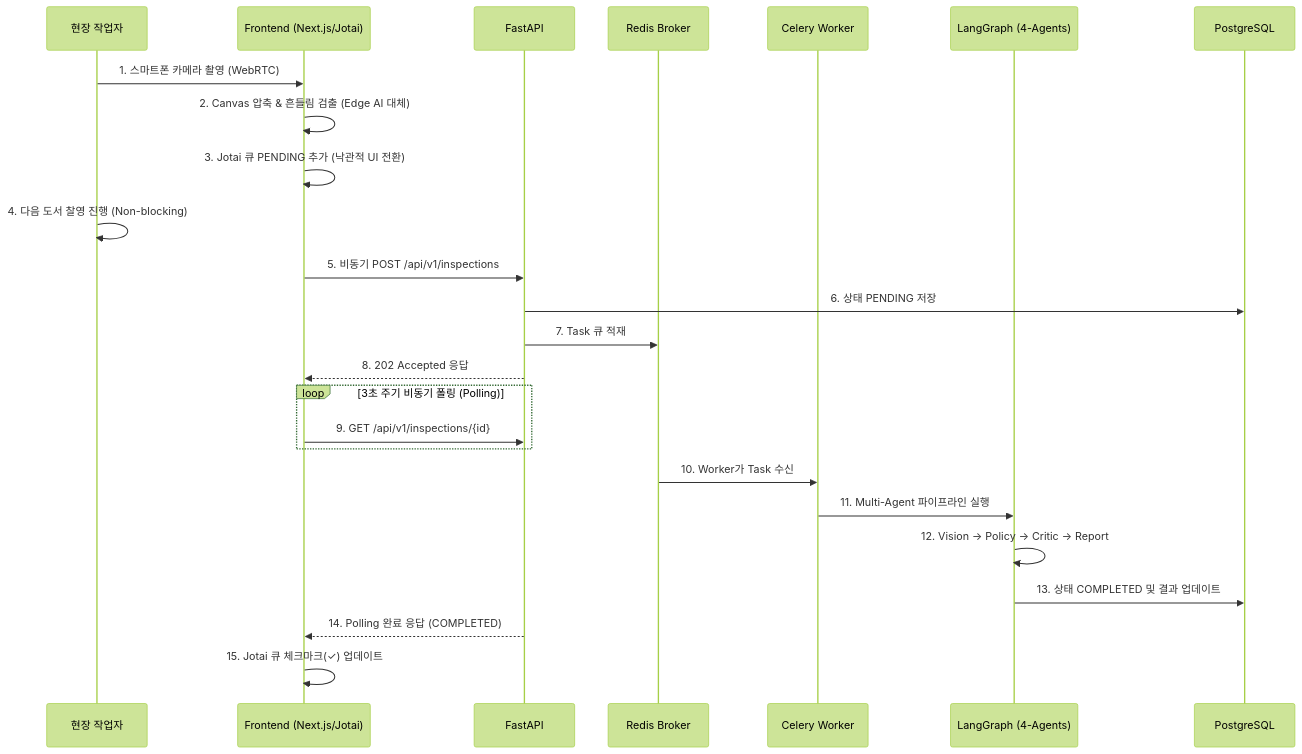
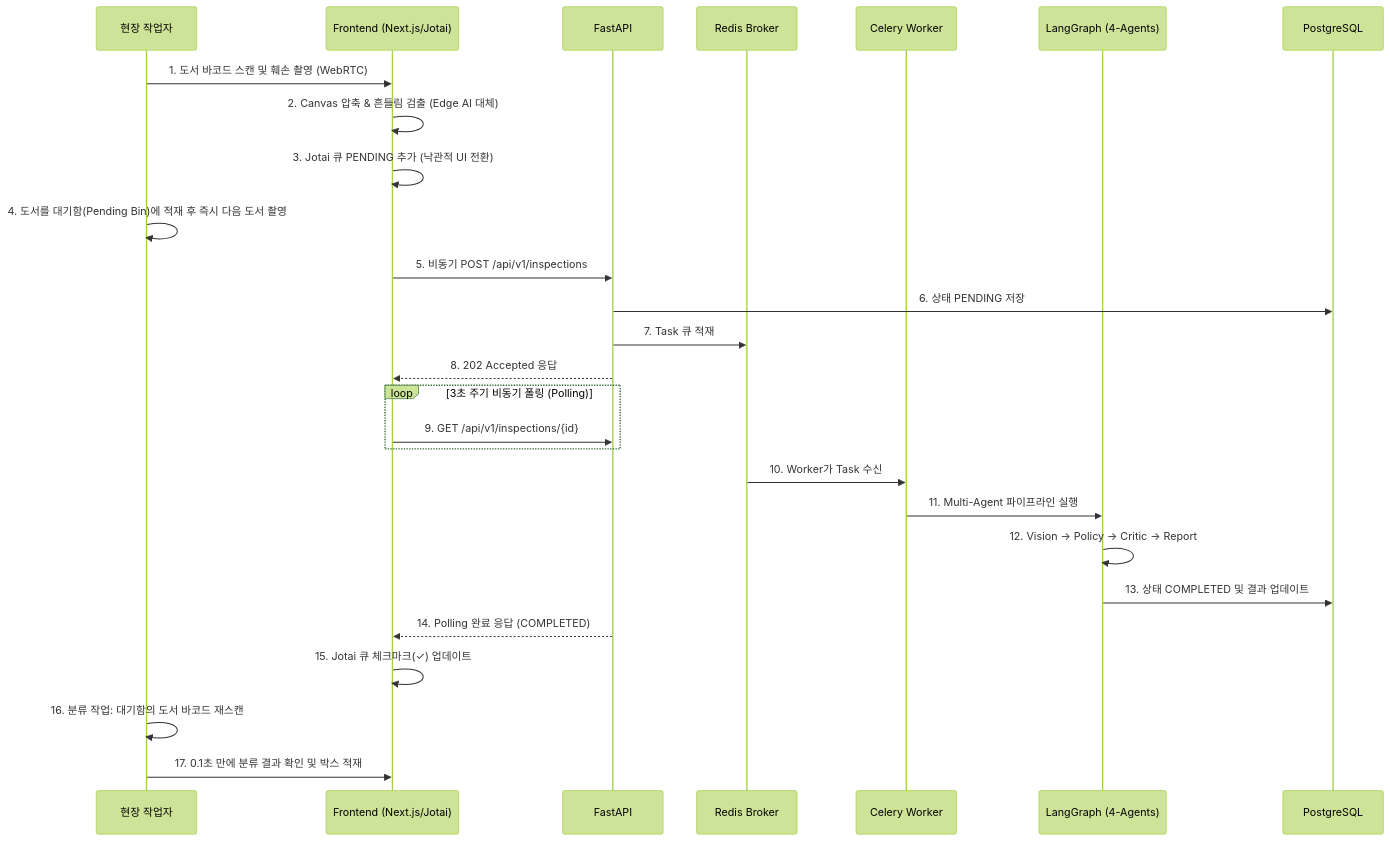
Before and after one commit to jmkyong9393/wms-core-frontend: the first of 4 diagrams in docs/B2B_WMS_AI_Platform_워크플로우_ver1.4.md, drawn with Mermaid (forest theme). The commit also changed 1 other file, not shown here.

Commit message:
docs: 물리-디지털 싱크(Two-Step Process) 보완책 기획서 및 워크플로우 반영

````diff
--- a/docs/B2B_WMS_AI_Platform_워크플로우_ver1.4.md
+++ b/docs/B2B_WMS_AI_Platform_워크플로우_ver1.4.md
@@ -15,31 +15,33 @@
 ```mermaid
 sequenceDiagram
     participant Worker as 현장 작업자
     participant FE as Frontend (Next.js/Jotai)
     participant BE as FastAPI
     participant Redis as Redis Broker
     participant Celery as Celery Worker
     participant Graph as LangGraph (4-Agents)
     participant DB as PostgreSQL
 
-    Worker->>FE: 1. 스마트폰 카메라 촬영 (WebRTC)
+    Worker->>FE: 1. 도서 바코드 스캔 및 훼손 촬영 (WebRTC)
     FE->>FE: 2. Canvas 압축 & 흔들림 검출 (Edge AI 대체)
     FE->>FE: 3. Jotai 큐 PENDING 추가 (낙관적 UI 전환)
-    Worker->>Worker: 4. 다음 도서 찰영 진행 (Non-blocking)
+    Worker->>Worker: 4. 도서를 대기함(Pending Bin)에 적재 후 즉시 다음 도서 촬영
     FE->>BE: 5. 비동기 POST /api/v1/inspections
     BE->>DB: 6. 상태 PENDING 저장
     BE->>Redis: 7. Task 큐 적재
     BE-->>FE: 8. 202 Accepted 응답
     
     loop 3초 주기 비동기 폴링 (Polling)
         FE->>BE: 9. GET /api/v1/inspections/{id}
     end
     
     Redis->>Celery: 10. Worker가 Task 수신
     Celery->>Graph: 11. Multi-Agent 파이프라인 실행
     Graph->>Graph: 12. Vision -> Policy -> Critic -> Report
     Graph->>DB: 13. 상태 COMPLETED 및 결과 업데이트
     
     BE-->>FE: 14. Polling 완료 응답 (COMPLETED)
     FE->>FE: 15. Jotai 큐 체크마크(✓) 업데이트
+    Worker->>Worker: 16. 분류 작업: 대기함의 도서 바코드 재스캔
+    Worker->>FE: 17. 0.1초 만에 분류 결과 확인 및 박스 적재
 ```
````
